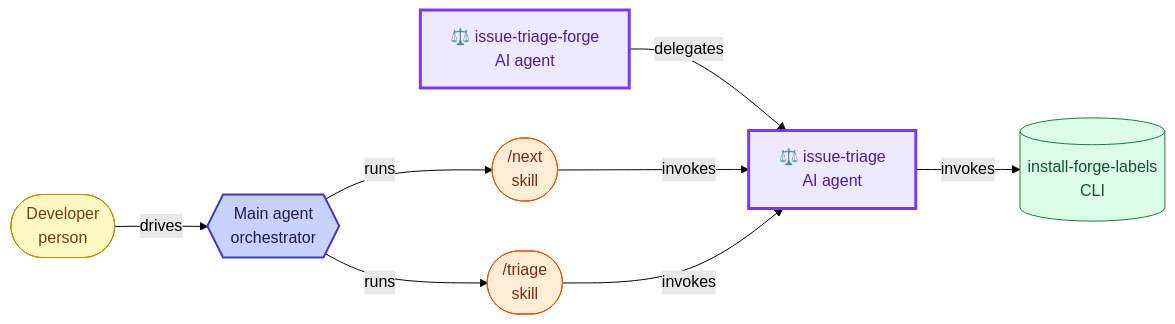
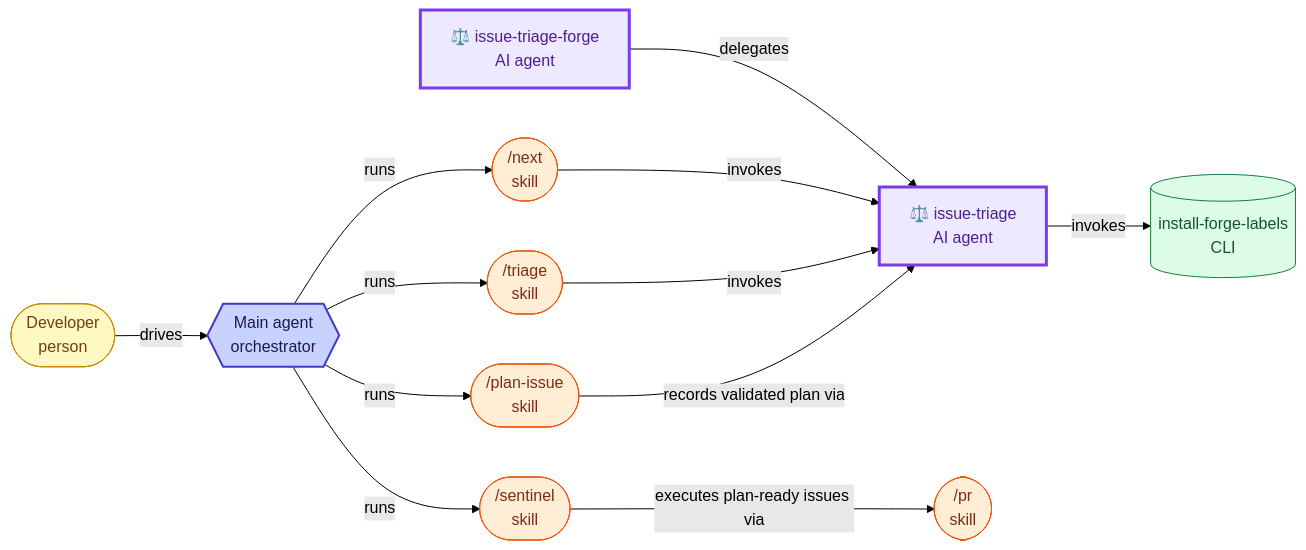
Before and after one commit to misnaej/forge: the fifth of 7 diagrams in docs/agent-architecture.md, drawn with Mermaid (forest theme). The commit also changed 10 other files, not shown here.

````diff
--- a/docs/agent-architecture.md
+++ b/docs/agent-architecture.md
@@ -282,35 +282,45 @@
 ```mermaid
 graph LR
   classDef person fill:#fef9c3,stroke:#ca8a04,color:#713f12
   classDef agent fill:#ede9fe,stroke:#7c3aed,color:#4c1d95
   classDef skill fill:#ffedd5,stroke:#ea580c,color:#7c2d12
   classDef hook fill:#fee2e2,stroke:#dc2626,color:#7f1d1d
   classDef cli fill:#dcfce7,stroke:#15803d,color:#14532d
   classDef policy fill:#f1f5f9,stroke:#64748b,color:#334155
   classDef orchestrator fill:#c7d2fe,stroke:#4338ca,color:#1e1b4b,stroke-width:2px
   classDef reporter stroke-dasharray:5 3
   classDef mutator stroke-width:3px
   human(["Developer<br/>person"])
   main_agent{{"Main agent<br/>orchestrator"}}
   human -->|drives| main_agent
   cli_install_forge_labels[("install-forge-labels<br/>CLI")]
   issue_triage["⚖️ issue-triage<br/>AI agent"]
   issue_triage_forge["⚖️ issue-triage-forge<br/>AI agent"]
   sk_next(["/next<br/>skill"])
   sk_triage(["/triage<br/>skill"])
+  sk_plan_issue(["/plan-issue<br/>skill"])
+  sk_sentinel(["/sentinel<br/>skill"])
+  sk_pr(["/pr<br/>skill"])
   main_agent -->|runs| sk_next
   main_agent -->|runs| sk_triage
+  main_agent -->|runs| sk_plan_issue
+  main_agent -->|runs| sk_sentinel
   issue_triage_forge -->|delegates| issue_triage
   sk_next -->|invokes| issue_triage
   sk_triage -->|invokes| issue_triage
+  sk_plan_issue -->|records validated plan via| issue_triage
+  sk_sentinel -->|executes plan-ready issues via| sk_pr
   issue_triage -->|invokes| cli_install_forge_labels
   class human person
   class main_agent orchestrator
   class cli_install_forge_labels cli
   class issue_triage agent
   class issue_triage mutator
   class issue_triage_forge agent
   class issue_triage_forge mutator
   class sk_next skill
   class sk_triage skill
+  class sk_plan_issue skill
+  class sk_sentinel skill
+  class sk_pr skill
 ```
````
